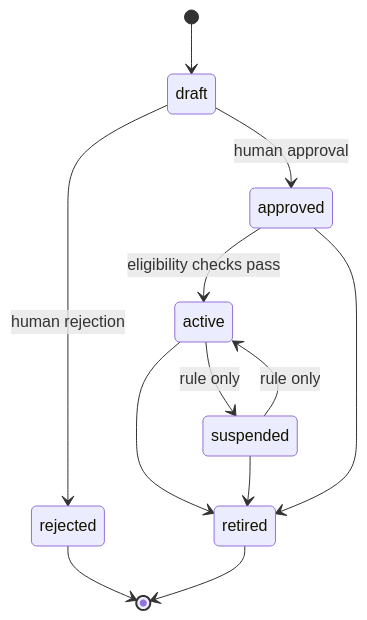
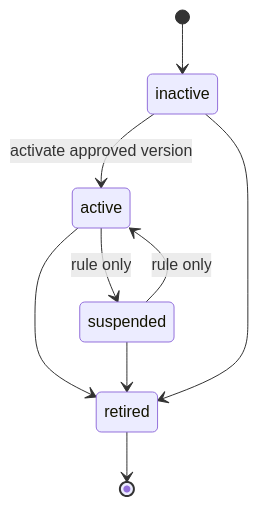
Before and after one commit to chenpengfeidp/ai-FSA: the fourth of 7 diagrams in docs/02_DOMAIN_MODEL.md, drawn with Mermaid. The commit also changed other lines of this file and 17 other files, not shown here.

First line of the commit message:
docs: 新增实现路线图、分析管线、后端架构、逻辑 ERD 四篇文档，重构治理生命周期为根/版本双态

````diff
--- a/docs/02_DOMAIN_MODEL.md
+++ b/docs/02_DOMAIN_MODEL.md
@@ -168,14 +182,11 @@
 ```mermaid
 stateDiagram-v2
-    [*] --> draft
-    draft --> approved: human approval
-    draft --> rejected: human rejection
-    approved --> active: eligibility checks pass
+    [*] --> inactive
+    inactive --> active: activate approved version
     active --> suspended: rule only
     suspended --> active: rule only
     active --> retired
     suspended --> retired
-    approved --> retired
-    rejected --> [*]
+    inactive --> retired
     retired --> [*]
 ```
````
